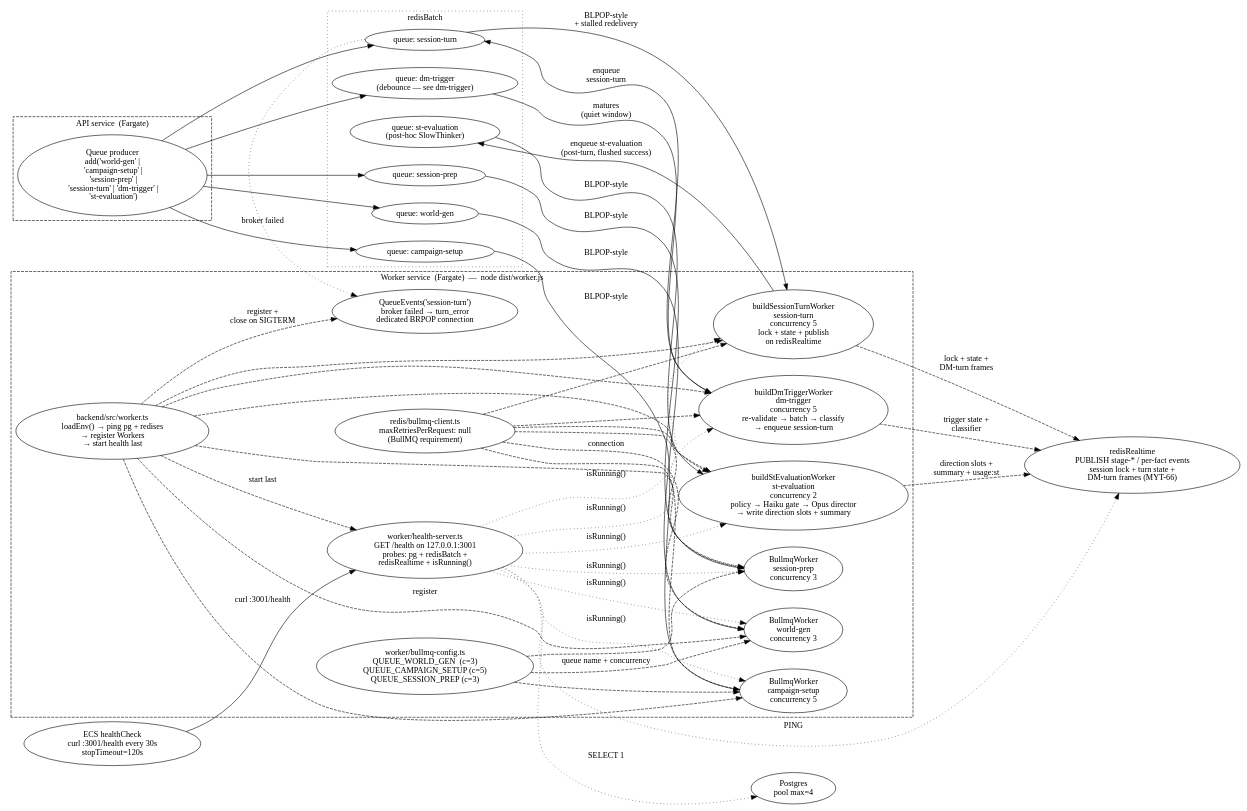
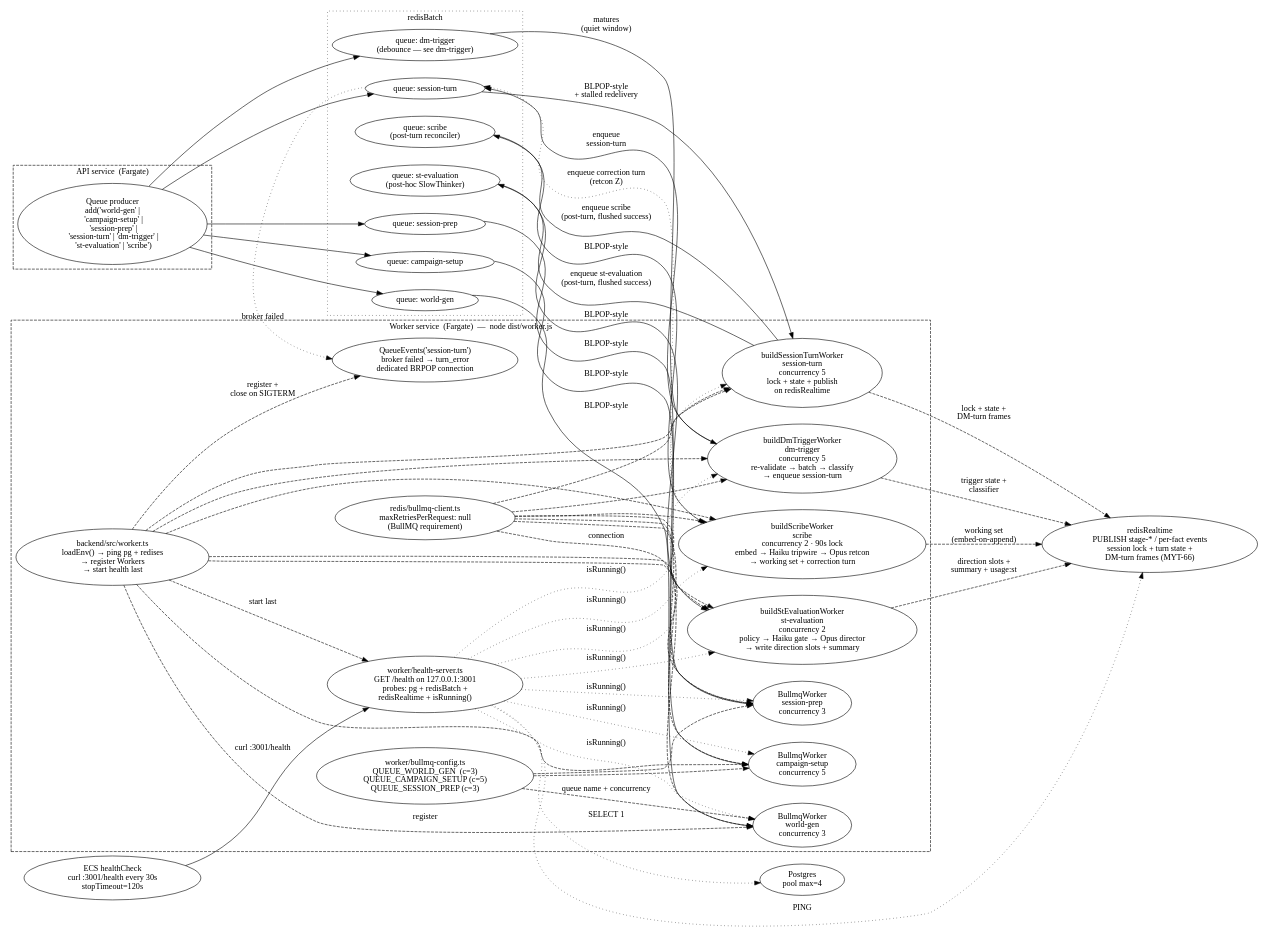
The diagram in docs/wiki/diagrams/runtime/worker.dot (mythrun/mythrun), drawn with Graphviz before and after one commit. The commit also changed 29 other files, not shown here.

```diff
--- a/docs/wiki/diagrams/runtime/worker.dot
+++ b/docs/wiki/diagrams/runtime/worker.dot
@@ -1,114 +1,126 @@
 digraph worker {
   // The worker. A second ECS Fargate service that runs node dist/worker.js
-  // and pulls jobs from six BullMQ queues on redisBatch. Health server on
+  // and pulls jobs from seven BullMQ queues on redisBatch. Health server on
   // 127.0.0.1:3001 is what ECS probes. Real prep-stage processors land across
   // MYT-51 onward; session-prep (MYT-61) is the third queue/worker; the
   // session-turn worker (MYT-66) is the fourth — the lock-fenced DM-turn
   // conductor; the dm-trigger worker (MYT-67) is the fifth — the DM-trigger
   // decision shell; the st-evaluation worker (MYT-69) is the sixth — the
-  // post-hoc SlowThinker, enqueued by the turn worker on its flushed-success
-  // path. All three also read/write redisRealtime (lock / state / direction /
-  // trigger coordination). A QueueEvents('session-turn') subscriber publishes the
+  // post-hoc SlowThinker; the scribe worker (MYT-73) is the seventh — the
+  // post-turn reconciler (working set + tripwire + retcon). The st-evaluation
+  // and scribe workers are both enqueued by the turn worker on its
+  // flushed-success path. The turn / trigger / st-eval / scribe workers also
+  // read/write redisRealtime (lock / state / direction / working set / trigger
+  // coordination). A QueueEvents('session-turn') subscriber publishes the
   // broker-side terminal turn_error on a dedicated blocking connection.
   rankdir=LR;
   compound=true;
   nodesep=0.4;
   ranksep=0.7;
 
   subgraph cluster_api {
     label="API service  (Fargate)";
     style="dashed";
     color="ember";
     fontcolor="ember";
 
-    queue_producer [label="Queue producer\nadd('world-gen' |\n  'campaign-setup' |\n  'session-prep' |\n  'session-turn' | 'dm-trigger' |\n  'st-evaluation')"];
+    queue_producer [label="Queue producer\nadd('world-gen' |\n  'campaign-setup' |\n  'session-prep' |\n  'session-turn' | 'dm-trigger' |\n  'st-evaluation' | 'scribe')"];
   }
 
   subgraph cluster_redis {
     label="redisBatch";
     style="dotted";
 
     q_world    [label="queue: world-gen"];
     q_campaign [label="queue: campaign-setup"];
     q_prep     [label="queue: session-prep"];
     q_turn     [label="queue: session-turn", color="ember", fontcolor="ember"];
     q_trig     [label="queue: dm-trigger\n(debounce — see dm-trigger)", color="ember", fontcolor="ember"];
     q_steval   [label="queue: st-evaluation\n(post-hoc SlowThinker)", color="ember", fontcolor="ember"];
+    q_scribe   [label="queue: scribe\n(post-turn reconciler)", color="ember", fontcolor="ember"];
   }
 
   subgraph cluster_worker {
     label="Worker service  (Fargate)  —  node dist/worker.js";
     style="dashed";
     color="ember";
     fontcolor="ember";
 
     entry      [label="backend/src/worker.ts\nloadEnv() → ping pg + redises\n→ register Workers\n→ start health last", color="ember", fontcolor="ember"];
     cfg        [label="worker/bullmq-config.ts\nQUEUE_WORLD_GEN  (c=3)\nQUEUE_CAMPAIGN_SETUP (c=5)\nQUEUE_SESSION_PREP (c=3)"];
     w_world    [label="BullmqWorker\nworld-gen\nconcurrency 3"];
     w_camp     [label="BullmqWorker\ncampaign-setup\nconcurrency 5"];
     w_prep     [label="BullmqWorker\nsession-prep\nconcurrency 3", color="ember", fontcolor="ember"];
     w_turn     [label="buildSessionTurnWorker\nsession-turn\nconcurrency 5\nlock + state + publish\non redisRealtime", color="ember", fontcolor="ember"];
     w_trig     [label="buildDmTriggerWorker\ndm-trigger\nconcurrency 5\nre-validate → batch → classify\n→ enqueue session-turn", color="ember", fontcolor="ember"];
     w_steval   [label="buildStEvaluationWorker\nst-evaluation\nconcurrency 2\npolicy → Haiku gate → Opus director\n→ write direction slots + summary", color="ember", fontcolor="ember"];
+    w_scribe   [label="buildScribeWorker\nscribe\nconcurrency 2 · 90s lock\nembed → Haiku tripwire → Opus retcon\n→ working set + correction turn", color="ember", fontcolor="ember"];
     qevents    [label="QueueEvents('session-turn')\nbroker failed → turn_error\ndedicated BRPOP connection", color="ember", fontcolor="ember"];
     health     [label="worker/health-server.ts\nGET /health on 127.0.0.1:3001\nprobes: pg + redisBatch +\nredisRealtime + isRunning()"];
     bullmq_redis [label="redis/bullmq-client.ts\nmaxRetriesPerRequest: null\n(BullMQ requirement)"];
   }
 
   ecs   [label="ECS healthCheck\ncurl :3001/health every 30s\nstopTimeout=120s"];
   pg    [label="Postgres\npool max=4"];
   realtime [label="redisRealtime\nPUBLISH stage-* / per-fact events\nsession lock + turn state +\nDM-turn frames (MYT-66)"];
 
   // API enqueues
   queue_producer -> q_world;
   queue_producer -> q_campaign;
   queue_producer -> q_prep;
   queue_producer -> q_turn;
   queue_producer -> q_trig;
 
   // Worker consumes
   q_world    -> w_world  [label="BLPOP-style"];
   q_campaign -> w_camp   [label="BLPOP-style"];
   q_prep     -> w_prep   [label="BLPOP-style"];
   q_turn     -> w_turn   [label="BLPOP-style\n+ stalled redelivery", color="ember"];
   q_trig     -> w_trig   [label="matures\n(quiet window)", color="ember"];
   q_steval   -> w_steval [label="BLPOP-style", color="ember"];
+  q_scribe   -> w_scribe [label="BLPOP-style", color="ember"];
   w_trig     -> q_turn   [label="enqueue\nsession-turn", color="ember"];
   w_turn     -> q_steval [label="enqueue st-evaluation\n(post-turn, flushed success)", color="ember"];
+  w_turn     -> q_scribe [label="enqueue scribe\n(post-turn, flushed success)", color="ember"];
+  w_scribe   -> q_turn   [label="enqueue correction turn\n(retcon Z)", style=dotted, color="ember"];
   q_turn     -> qevents  [label="broker failed", style=dotted, color="ember"];
 
   // Worker shape
   cfg     -> w_world  [style=dashed, label="queue name + concurrency"];
   cfg     -> w_camp   [style=dashed];
   cfg     -> w_prep   [style=dashed];
   entry   -> w_world  [style=dashed, label="register"];
   entry   -> w_camp   [style=dashed];
   entry   -> w_prep   [style=dashed];
   entry   -> w_turn   [style=dashed];
   entry   -> w_trig   [style=dashed];
   entry   -> w_steval [style=dashed];
+  entry   -> w_scribe [style=dashed];
   entry   -> qevents  [style=dashed, label="register +\nclose on SIGTERM"];
   bullmq_redis -> w_world [style=dashed, label="connection"];
   bullmq_redis -> w_camp  [style=dashed];
   bullmq_redis -> w_prep  [style=dashed];
   bullmq_redis -> w_turn  [style=dashed];
   bullmq_redis -> w_trig  [style=dashed];
   bullmq_redis -> w_steval [style=dashed];
+  bullmq_redis -> w_scribe [style=dashed];
 
   // Turn + trigger + st-eval workers also drive redisRealtime (lock / state / direction / coordination)
   w_turn -> realtime [style=dashed, label="lock + state +\nDM-turn frames", color="ember"];
   w_trig -> realtime [style=dashed, label="trigger state +\nclassifier", color="ember"];
   w_steval -> realtime [style=dashed, label="direction slots +\nsummary + usage:st", color="ember"];
+  w_scribe -> realtime [style=dashed, label="working set\n(embed-on-append)", color="ember"];
 
   // Health + ECS probe
   entry  -> health [style=dashed, label="start last"];
   ecs    -> health [label="curl :3001/health"];
   health -> pg          [label="SELECT 1", style=dotted];
   health -> w_world     [label="isRunning()", style=dotted];
   health -> w_camp      [label="isRunning()", style=dotted];
   health -> w_prep      [label="isRunning()", style=dotted];
   health -> w_turn      [label="isRunning()", style=dotted];
   health -> w_trig      [label="isRunning()", style=dotted];
   health -> w_steval    [label="isRunning()", style=dotted];
+  health -> w_scribe    [label="isRunning()", style=dotted];
   health -> realtime    [label="PING", style=dotted];
 }
```
